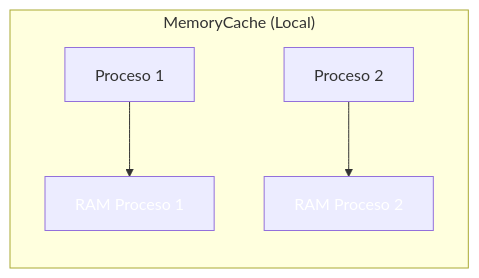
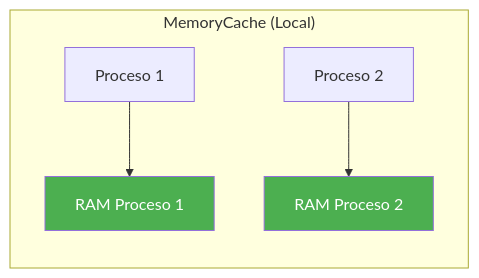
The third of 17 diagrams in 14-cache-redis.md (joseluisgs/DesarrolloWebEntornosServidor-02-2026-2027), drawn with Mermaid before and after one commit. The commit also changed other lines of this file, not shown here.

````diff
--- a/14-cache-redis.md
+++ b/14-cache-redis.md
@@ -137,9 +140,9 @@
 ```mermaid
 flowchart LR
     subgraph "MemoryCache (Local)"
         P1["Proceso 1"] --> R1["RAM Proceso 1"]
         P2["Proceso 2"] --> R2["RAM Proceso 2"]
     end
-    style R1 fill:#4CAF5,color:#fff0,color:#fff
-    style R2 fill:#4CAF5,color:#fff0,color:#fff
+    style R1 fill:#4CAF50,color:#fff
+    style R2 fill:#4CAF50,color:#fff
 ```
````
